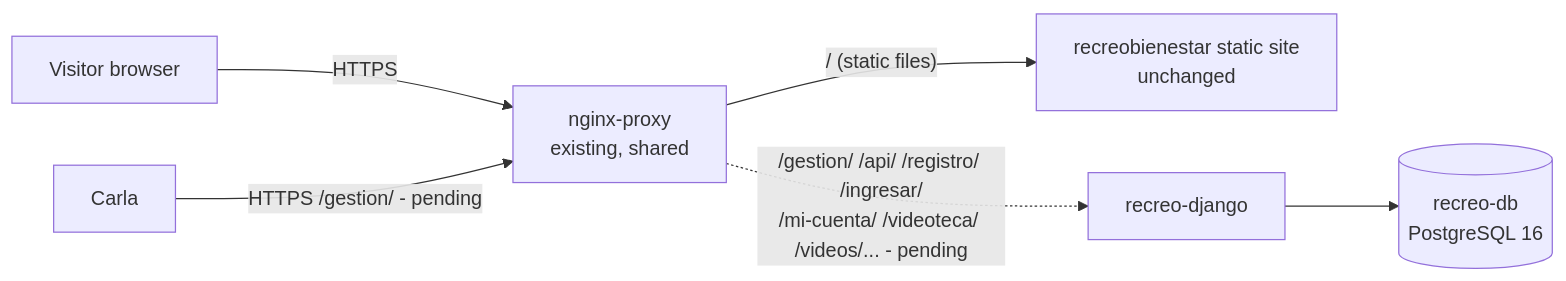
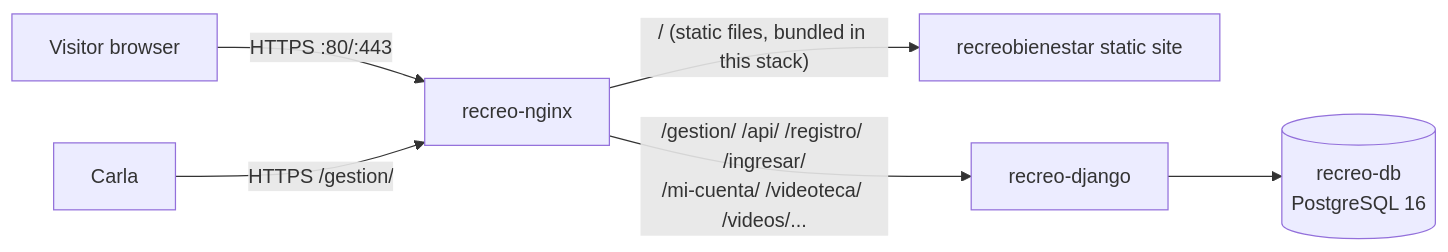
One commit to hokuto06/recreobienestar changed the first of 6 diagrams in backend/ARCHITECTURE.md. Above: the diagram before and after it, drawn with Mermaid. The commit also changed other lines of this file and 17 other files, not shown here.

````diff
--- a/backend/ARCHITECTURE.md
+++ b/backend/ARCHITECTURE.md
@@ -19,8 +20,8 @@
 ```mermaid
 flowchart LR
-    Visitor[Visitor browser] -->|HTTPS| NGINX[nginx-proxy\nexisting, shared]
-    Carla[Carla] -->|HTTPS /gestion/ - pending| NGINX
-    NGINX -->|"/ (static files)"| Static[recreobienestar static site\nunchanged]
-    NGINX -.->|"/gestion/ /api/ /registro/ /ingresar/\n/mi-cuenta/ /videoteca/ /videos/... - pending"| Django[recreo-django]
+    Visitor[Visitor browser] -->|HTTPS :80/:443| RN[recreo-nginx]
+    Carla[Carla] -->|HTTPS /gestion/| RN
+    RN -->|"/ (static files, bundled in this stack)"| Static[recreobienestar static site]
+    RN -->|"/gestion/ /api/ /registro/ /ingresar/\n/mi-cuenta/ /videoteca/ /videos/..."| Django[recreo-django]
     Django --> DB[(recreo-db\nPostgreSQL 16)]
 ```
````
